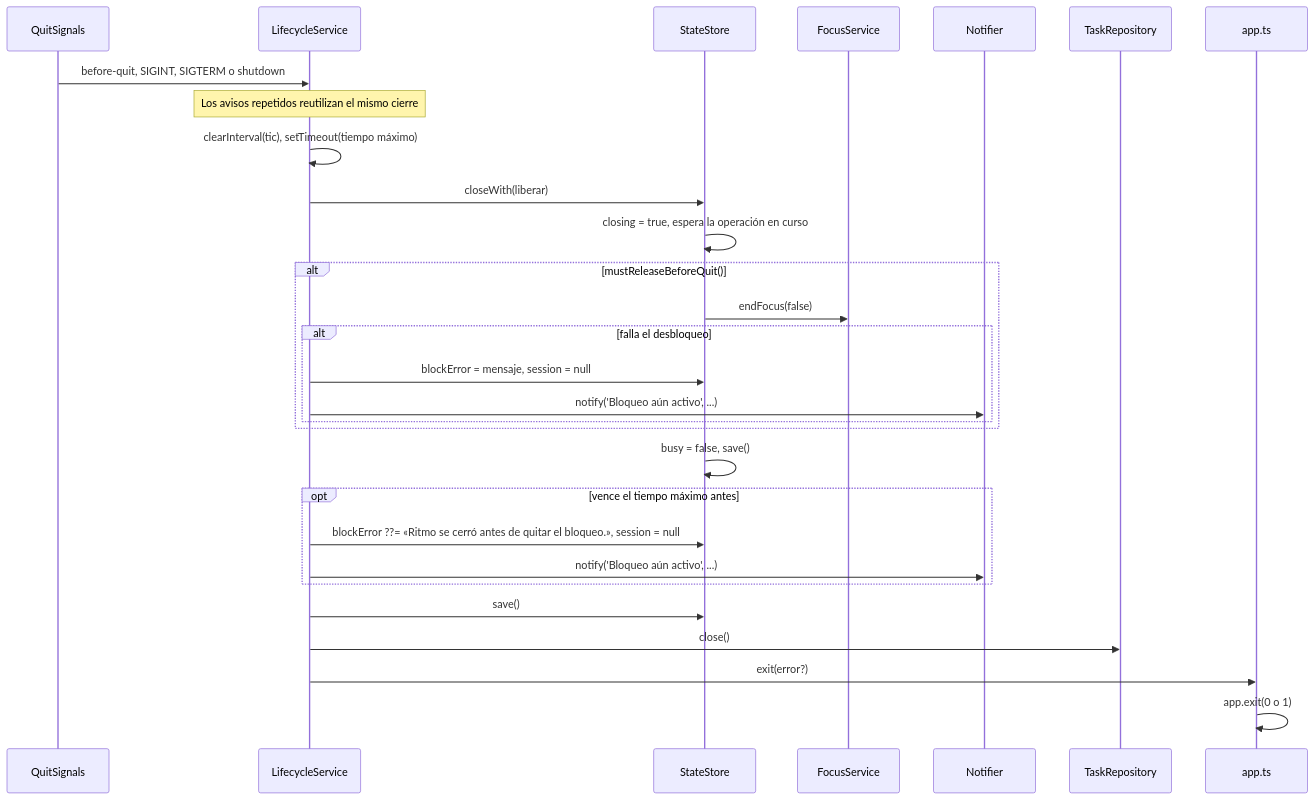
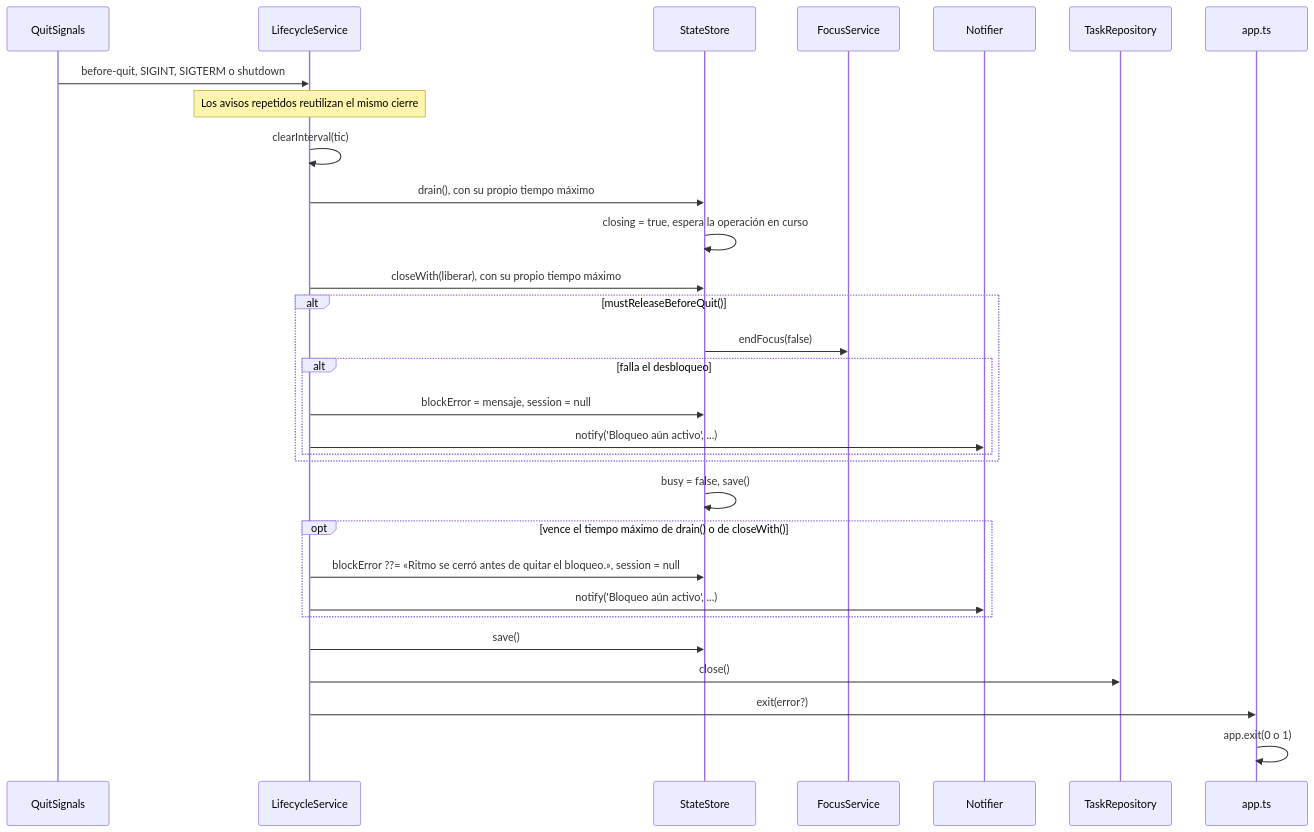
The third of 5 diagrams in docs/arquitectura.md (DevJuan95/ritmo), drawn with Mermaid before and after one commit. The commit also changed other lines of this file and 5 other files, not shown here.

First line of the commit message:
Da al desbloqueo su propio tiempo máximo al cerrar

````diff
--- a/docs/arquitectura.md
+++ b/docs/arquitectura.md
@@ -147,32 +147,33 @@
 ```mermaid
 sequenceDiagram
   participant Q as QuitSignals
   participant L as LifecycleService
   participant S as StateStore
   participant F as FocusService
   participant N as Notifier
   participant R as TaskRepository
   participant A as app.ts
 
   Q->>L: before-quit, SIGINT, SIGTERM o shutdown
   Note over L: Los avisos repetidos reutilizan el mismo cierre
-  L->>L: clearInterval(tic), setTimeout(tiempo máximo)
-  L->>S: closeWith(liberar)
+  L->>L: clearInterval(tic)
+  L->>S: drain(), con su propio tiempo máximo
   S->>S: closing = true, espera la operación en curso
+  L->>S: closeWith(liberar), con su propio tiempo máximo
   alt mustReleaseBeforeQuit()
     S->>F: endFocus(false)
     alt falla el desbloqueo
       L->>S: blockError = mensaje, session = null
       L->>N: notify('Bloqueo aún activo', ...)
     end
   end
   S->>S: busy = false, save()
-  opt vence el tiempo máximo antes
+  opt vence el tiempo máximo de drain() o de closeWith()
     L->>S: blockError ??= «Ritmo se cerró antes de quitar el bloqueo.», session = null
     L->>N: notify('Bloqueo aún activo', ...)
   end
   L->>S: save()
   L->>R: close()
   L->>A: exit(error?)
   A->>A: app.exit(0 o 1)
 ```
````
